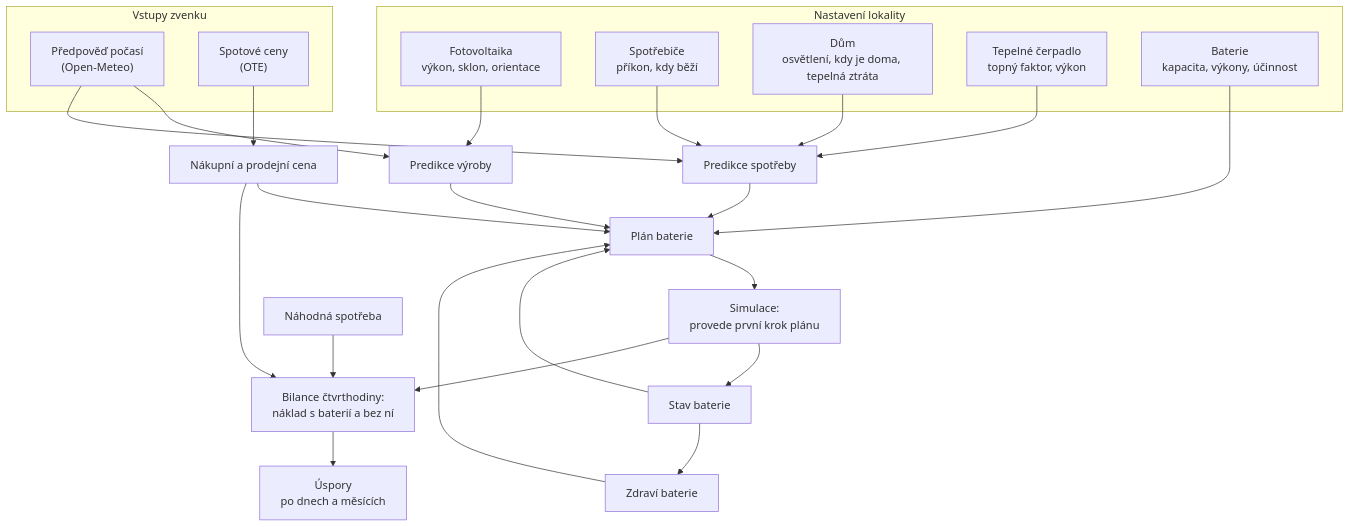
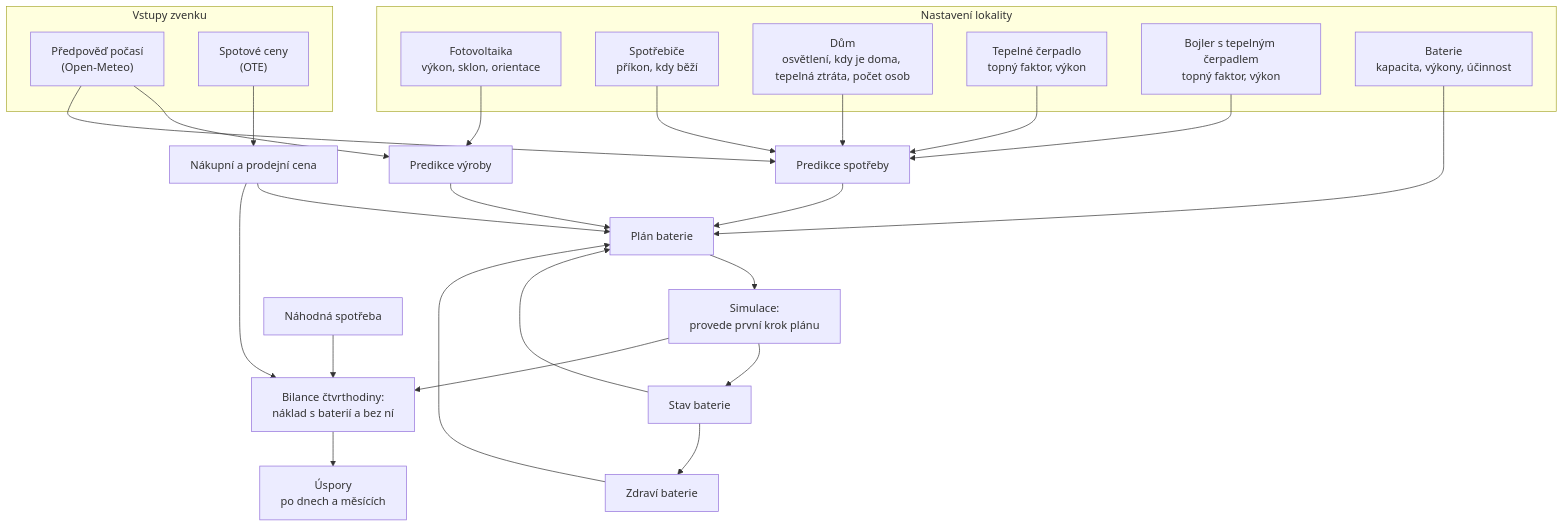
The diagram in docs/prehled.md (lilianluca/ems), drawn with Mermaid before and after one commit. The commit also changed other lines of this file and 32 other files, not shown here.

````diff
--- a/docs/prehled.md
+++ b/docs/prehled.md
@@ -63,39 +63,41 @@
 ```mermaid
 flowchart TD
     subgraph vstupy["Vstupy zvenku"]
         meteo["Předpověď počasí<br/>(Open-Meteo)"]
         ote["Spotové ceny<br/>(OTE)"]
     end
 
     subgraph nastaveni["Nastavení lokality"]
         fve["Fotovoltaika<br/>výkon, sklon, orientace"]
         spotrebice["Spotřebiče<br/>příkon, kdy běží"]
-        dum["Dům<br/>osvětlení, kdy je doma, tepelná ztráta"]
+        dum["Dům<br/>osvětlení, kdy je doma, tepelná ztráta, počet osob"]
         cerpadlo["Tepelné čerpadlo<br/>topný faktor, výkon"]
+        bojler["Bojler s tepelným čerpadlem<br/>topný faktor, výkon"]
         baterie["Baterie<br/>kapacita, výkony, účinnost"]
     end
 
     meteo --> vyroba["Predikce výroby"]
     fve --> vyroba
     spotrebice --> spotreba["Predikce spotřeby"]
     dum --> spotreba
     cerpadlo --> spotreba
+    bojler --> spotreba
     meteo --> spotreba
     ote --> ceny["Nákupní a prodejní cena"]
 
     vyroba --> plan["Plán baterie"]
     spotreba --> plan
     ceny --> plan
     baterie --> plan
     stav["Stav baterie"] --> plan
 
     plan --> simulace["Simulace:<br/>provede první krok plánu"]
     simulace --> stav
     simulace --> bilance["Bilance čtvrthodiny:<br/>náklad s baterií a bez ní"]
     ceny --> bilance
     nahoda["Náhodná spotřeba"] --> bilance
 
     bilance --> uspory["Úspory<br/>po dnech a měsících"]
     stav --> zdravi["Zdraví baterie"]
     zdravi --> plan
 ```
````
